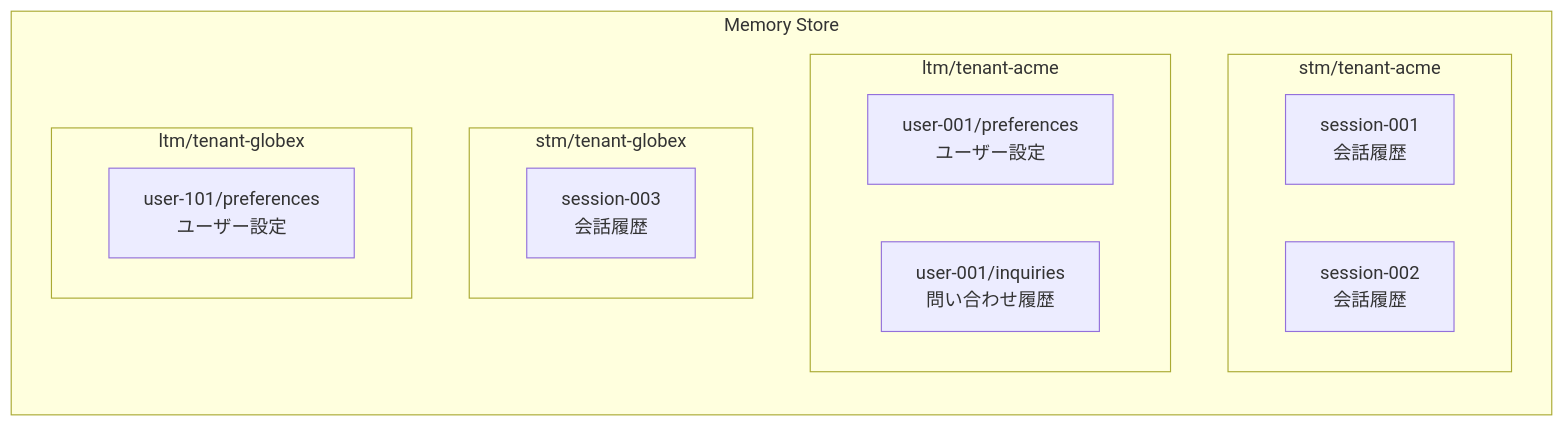
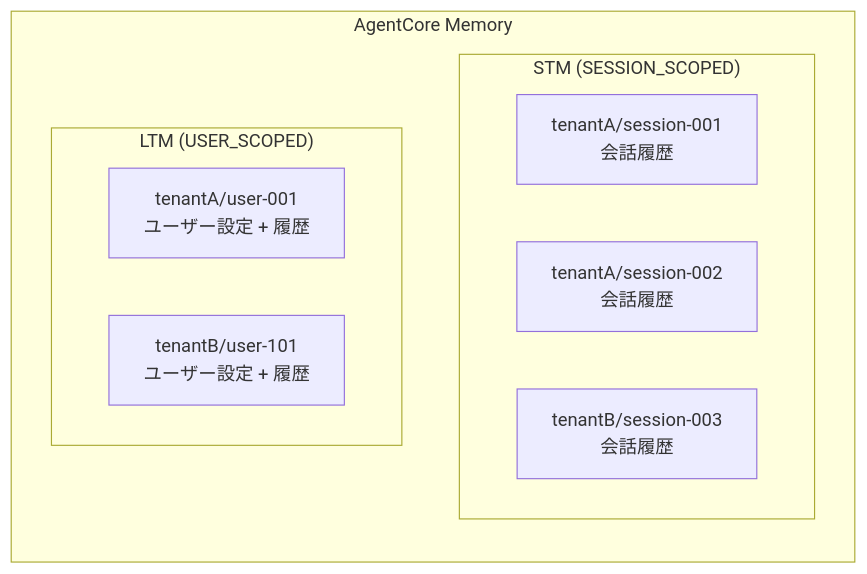
One commit to yaggytter/agentcore-multi-tenant-handson changed the second of 2 diagrams in docs/04-memory.md. Above: the diagram before and after it, drawn with Mermaid. The commit also changed other lines of this file and 49 other files, not shown here.

````diff
--- a/docs/04-memory.md
+++ b/docs/04-memory.md
@@ -245,19 +292,14 @@
 ```mermaid
 graph LR
-    subgraph "Memory Store"
-        subgraph "stm/tenant-acme"
-            S1["session-001<br/>会話履歴"]
-            S2["session-002<br/>会話履歴"]
+    subgraph "AgentCore Memory"
+        subgraph "STM (SESSION_SCOPED)"
+            S1["tenantA/session-001<br/>会話履歴"]
+            S2["tenantA/session-002<br/>会話履歴"]
+            S3["tenantB/session-003<br/>会話履歴"]
         end
-        subgraph "ltm/tenant-acme"
-            L1["user-001/preferences<br/>ユーザー設定"]
-            L2["user-001/inquiries<br/>問い合わせ履歴"]
-        end
-        subgraph "stm/tenant-globex"
-            S3["session-003<br/>会話履歴"]
-        end
-        subgraph "ltm/tenant-globex"
-            L3["user-101/preferences<br/>ユーザー設定"]
+        subgraph "LTM (USER_SCOPED)"
+            L1["tenantA/user-001<br/>ユーザー設定 + 履歴"]
+            L2["tenantB/user-101<br/>ユーザー設定 + 履歴"]
         end
     end
 ```
````
